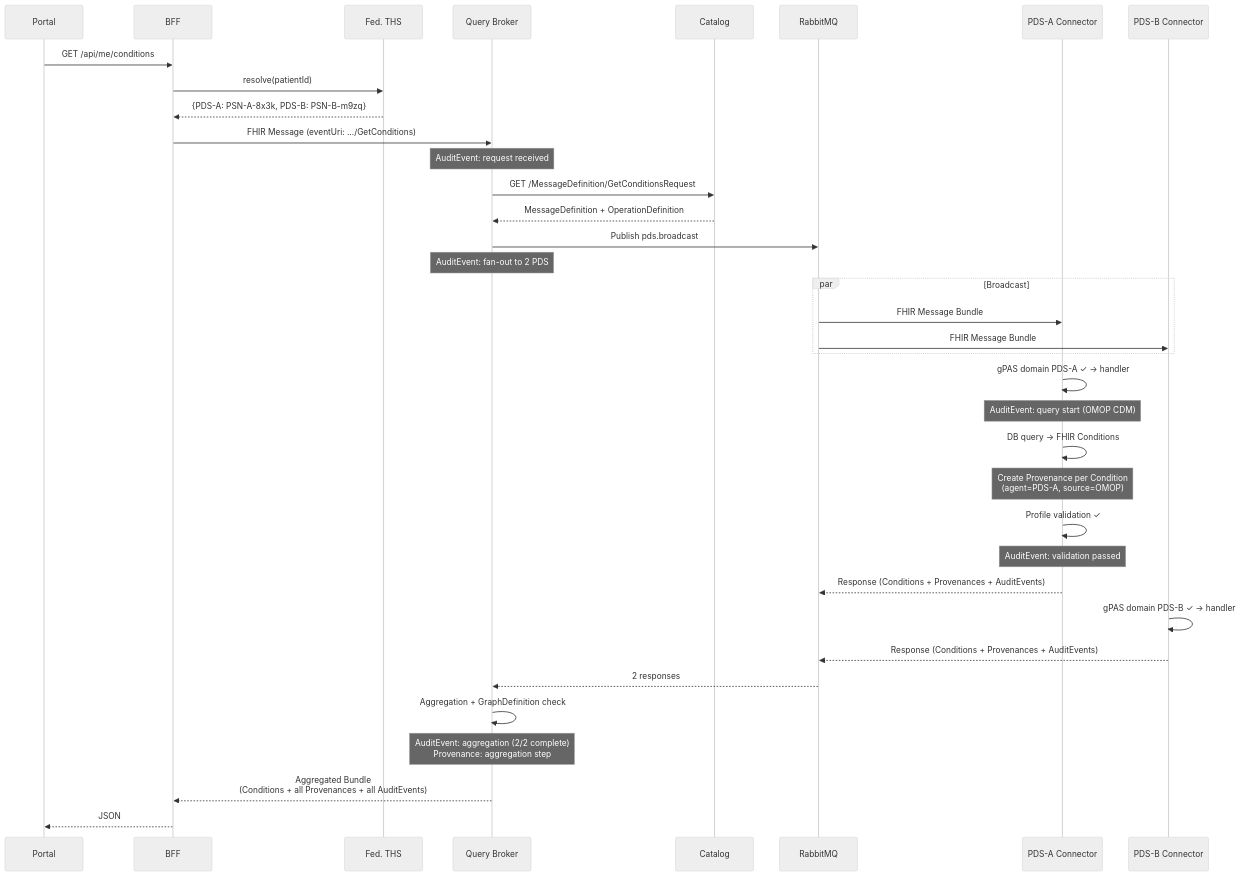
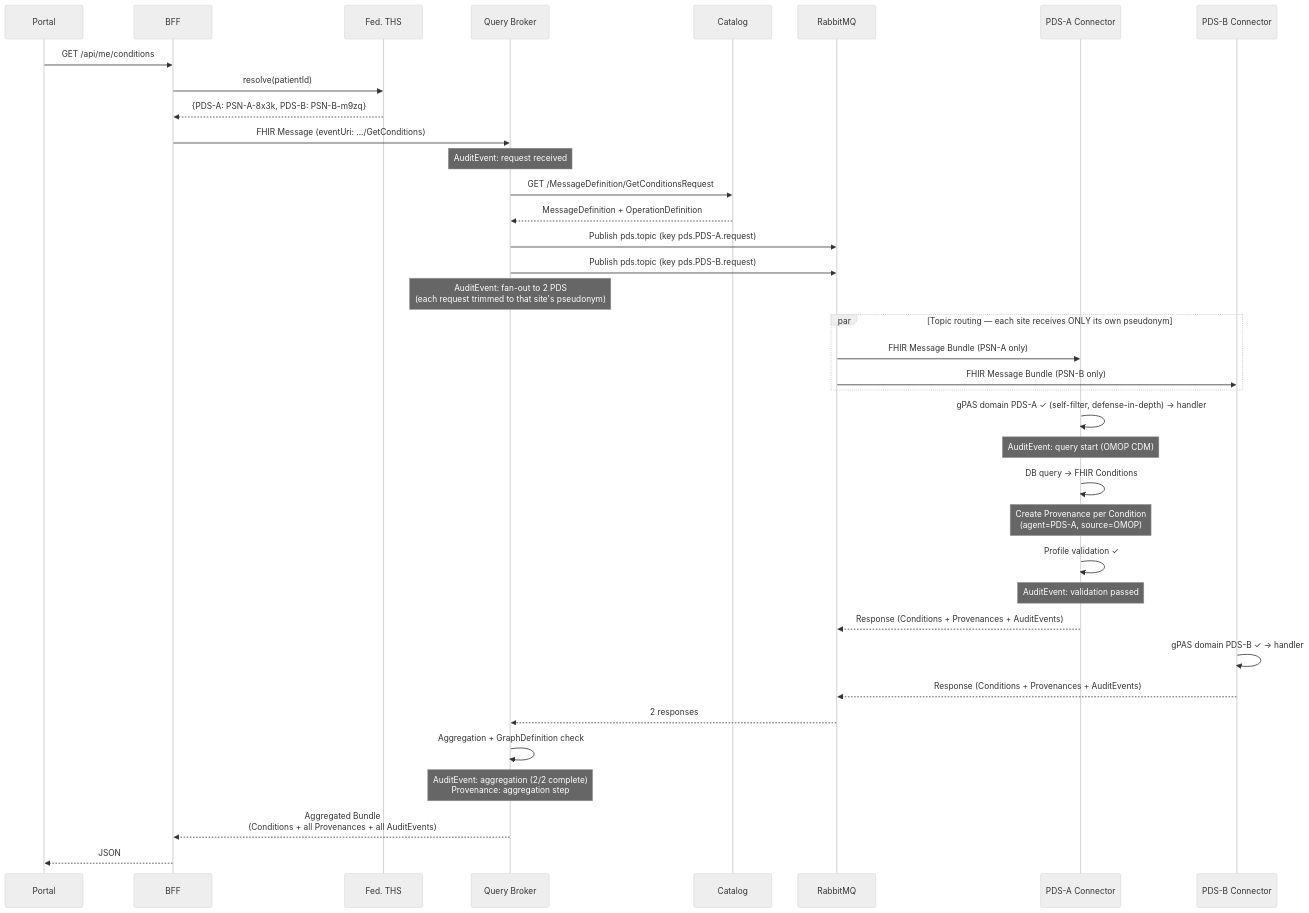
The diagram in docs/arc42/06_runtime_view.md (forschungsgruppe-digital-health/pds-query-broker), drawn with Mermaid (neutral theme) before and after one commit. The commit also changed 12 other files, not shown here.

First line of the commit message:
feat(broker): per-site pseudonym filtering in topic routing (ADR-006 rev.) (#45)

````diff
--- a/docs/arc42/06_runtime_view.md
+++ b/docs/arc42/06_runtime_view.md
@@ -9,46 +9,47 @@
 ```mermaid
 sequenceDiagram
     participant P as Portal
     participant B as BFF
     participant THS as Fed. THS
     participant QB as Query Broker
     participant CAT as Catalog
     participant MQ as RabbitMQ
     participant CA as PDS-A Connector
     participant CB as PDS-B Connector
 
     P->>B: GET /api/me/conditions
     B->>THS: resolve(patientId)
     THS-->>B: {PDS-A: PSN-A-8x3k, PDS-B: PSN-B-m9zq}
     B->>QB: FHIR Message (eventUri: .../GetConditions)
 
     Note over QB: AuditEvent: request received
 
     QB->>CAT: GET /MessageDefinition/GetConditionsRequest
     CAT-->>QB: MessageDefinition + OperationDefinition
 
-    QB->>MQ: Publish pds.broadcast
-    Note over QB: AuditEvent: fan-out to 2 PDS
+    QB->>MQ: Publish pds.topic (key pds.PDS-A.request)
+    QB->>MQ: Publish pds.topic (key pds.PDS-B.request)
+    Note over QB: AuditEvent: fan-out to 2 PDS<br/>(each request trimmed to that site's pseudonym)
 
-    par Broadcast
-        MQ->>CA: FHIR Message Bundle
-        MQ->>CB: FHIR Message Bundle
+    par Topic routing — each site receives ONLY its own pseudonym
+        MQ->>CA: FHIR Message Bundle (PSN-A only)
+        MQ->>CB: FHIR Message Bundle (PSN-B only)
     end
 
-    CA->>CA: gPAS domain PDS-A ✓ → handler
+    CA->>CA: gPAS domain PDS-A ✓ (self-filter, defense-in-depth) → handler
     Note over CA: AuditEvent: query start (OMOP CDM)
     CA->>CA: DB query → FHIR Conditions
     Note over CA: Create Provenance per Condition<br/>(agent=PDS-A, source=OMOP)
     CA->>CA: Profile validation ✓
     Note over CA: AuditEvent: validation passed
     CA-->>MQ: Response (Conditions + Provenances + AuditEvents)
 
     CB->>CB: gPAS domain PDS-B ✓ → handler
     CB-->>MQ: Response (Conditions + Provenances + AuditEvents)
 
     MQ-->>QB: 2 responses
     QB->>QB: Aggregation + GraphDefinition check
     Note over QB: AuditEvent: aggregation (2/2 complete)<br/>Provenance: aggregation step
     QB-->>B: Aggregated Bundle<br/>(Conditions + all Provenances + all AuditEvents)
     B-->>P: JSON
 ```
````
